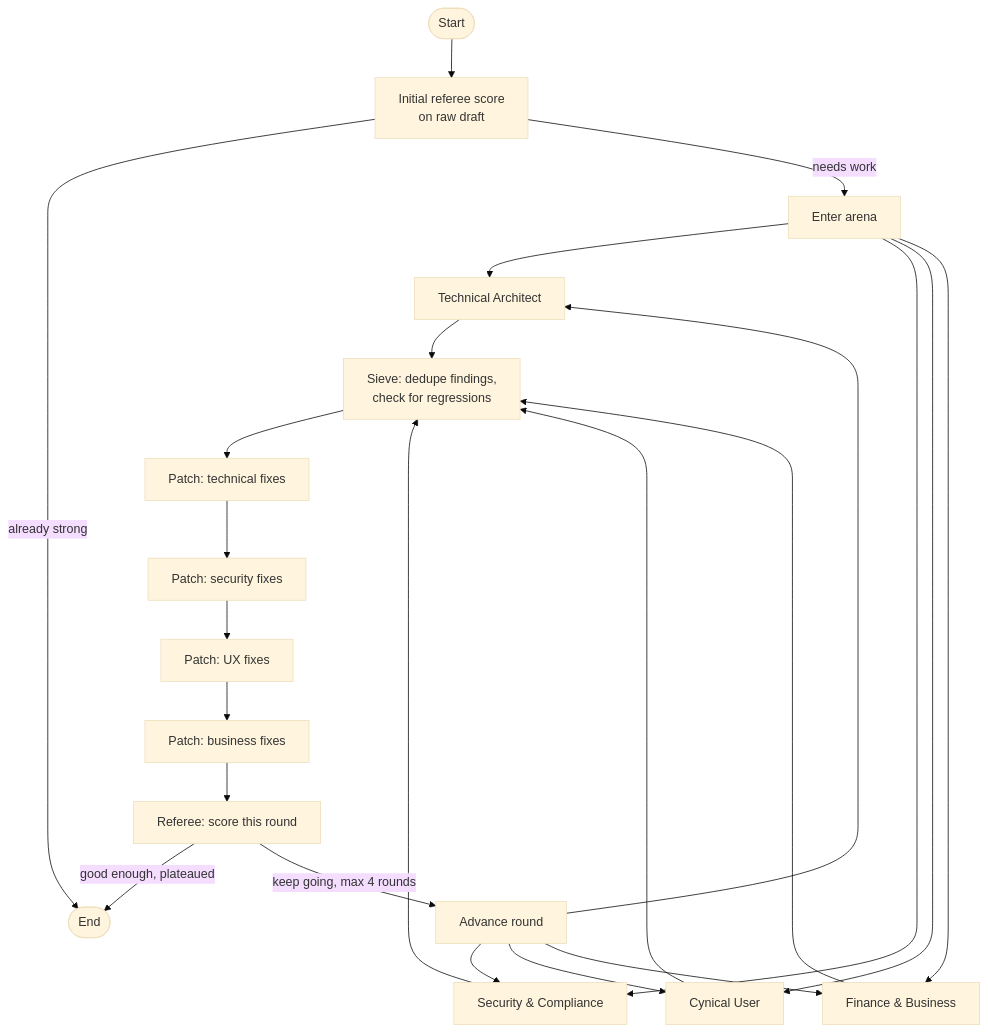
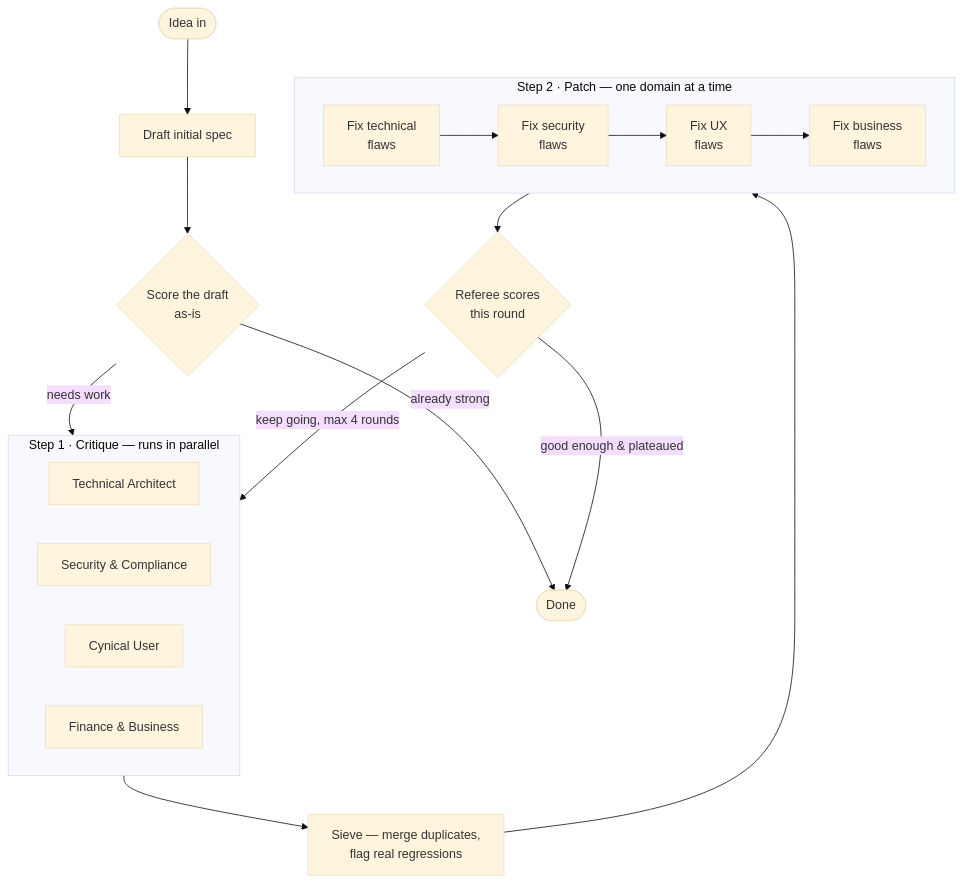
One commit to Astitva-Garg/The-Crucible-Arena changed the diagram in README.md. Above: the diagram before and after it, drawn with Mermaid (base theme).

````diff
--- a/README.md
+++ b/README.md
@@ -23,29 +23,28 @@
 ```mermaid
 flowchart TD
-    START([Start]) --> InitialScore[Initial referee score<br/>on raw draft]
-    InitialScore -->|already strong| END([End])
-    InitialScore -->|needs work| EnterArena[Enter arena]
+    Start([Idea in]) --> Draft[Draft initial spec]
+    Draft --> InitialScore{Score the draft<br/>as-is}
+    InitialScore -->|already strong| Done([Done])
+    InitialScore -->|needs work| Critics
 
-    EnterArena --> CriticTech[Technical Architect]
-    EnterArena --> CriticSecurity[Security & Compliance]
-    EnterArena --> CriticUser[Cynical User]
-    EnterArena --> CriticFinance[Finance & Business]
+    subgraph Critics [" Step 1 · Critique — runs in parallel "]
+        direction LR
+        C1[Technical Architect]
+        C2[Security & Compliance]
+        C3[Cynical User]
+        C4[Finance & Business]
+    end
 
-    CriticTech --> Sieve[Sieve: dedupe findings,<br/>check for regressions]
-    CriticSecurity --> Sieve
-    CriticUser --> Sieve
-    CriticFinance --> Sieve
+    Critics --> Sieve[Sieve — merge duplicates,<br/>flag real regressions]
 
-    Sieve --> PatchTech[Patch: technical fixes]
-    PatchTech --> PatchSecurity[Patch: security fixes]
-    PatchSecurity --> PatchUser[Patch: UX fixes]
-    PatchUser --> PatchFinance[Patch: business fixes]
-    PatchFinance --> Referee[Referee: score this round]
+    Sieve --> Patch
 
-    Referee -->|good enough, plateaued| END
-    Referee -->|keep going, max 4 rounds| AdvanceRound[Advance round]
-    AdvanceRound --> CriticTech
-    AdvanceRound --> CriticSecurity
-    AdvanceRound --> CriticUser
-    AdvanceRound --> CriticFinance
+    subgraph Patch [" Step 2 · Patch — one domain at a time "]
+        direction LR
+        P1[Fix technical<br/>flaws] --> P2[Fix security<br/>flaws] --> P3[Fix UX<br/>flaws] --> P4[Fix business<br/>flaws]
+    end
+
+    Patch --> Referee{Referee scores<br/>this round}
+    Referee -->|good enough & plateaued| Done
+    Referee -->|keep going, max 4 rounds| Critics
 ```
````
